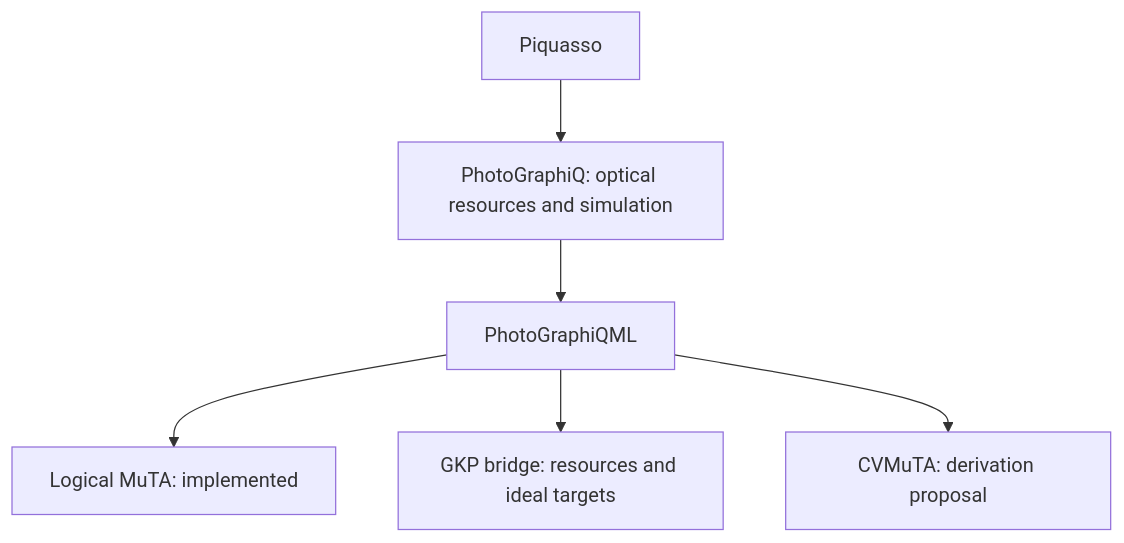
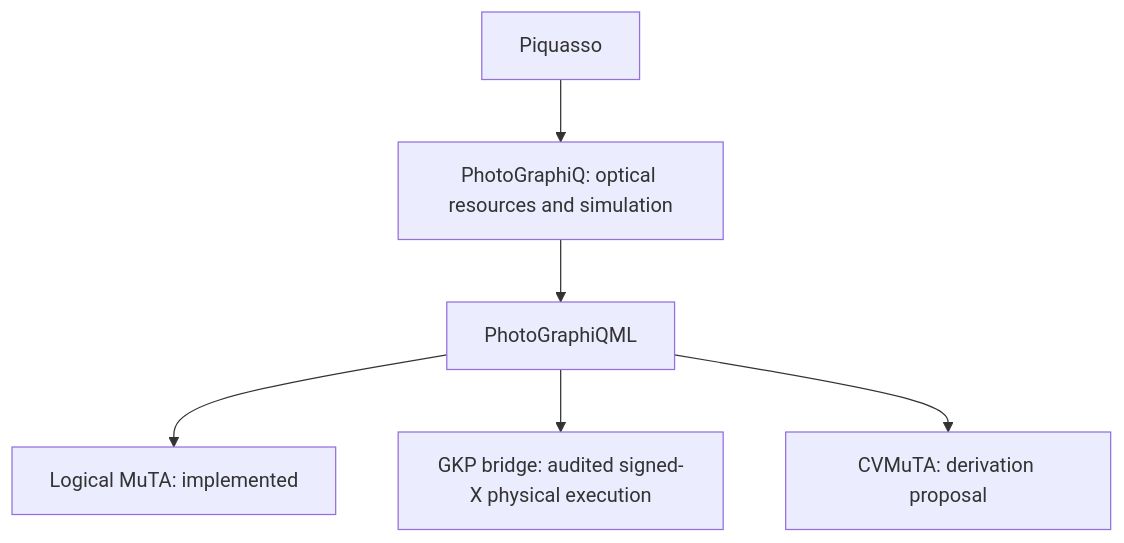
One commit to chinmoybiswasdeep/PhotoGraphiQML changed the diagram in README.md. Above: the diagram before and after it, drawn with Mermaid. The commit also changed other lines of this file and 76 other files, not shown here.

````diff
--- a/README.md
+++ b/README.md
@@ -20,8 +21,8 @@
 ```mermaid
 flowchart TD
     P[Piquasso] --> Q[PhotoGraphiQ: optical resources and simulation]
     Q --> ML[PhotoGraphiQML]
     ML --> L[Logical MuTA: implemented]
-    ML --> G[GKP bridge: resources and ideal targets]
+    ML --> G[GKP bridge: audited signed-X physical execution]
     ML --> C[CVMuTA: derivation proposal]
 ```
````
